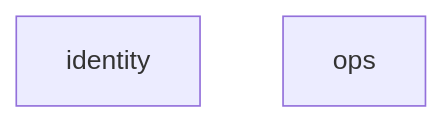
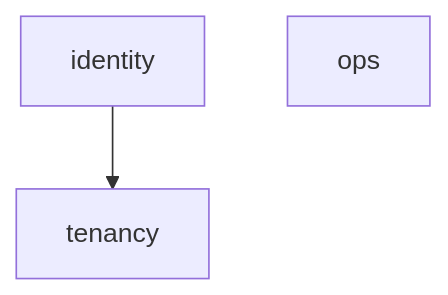
Before and after one commit to kingdonk-ops/Project-AIP: the diagram in docs/architecture/module-map.md, drawn with Mermaid. The commit also changed other lines of this file and 40 other files, not shown here.

````diff
--- a/docs/architecture/module-map.md
+++ b/docs/architecture/module-map.md
@@ -17,5 +18,6 @@
 ```mermaid
 graph TD
-    identity
+    identity --> tenancy
     ops
+    tenancy
 ```
````
